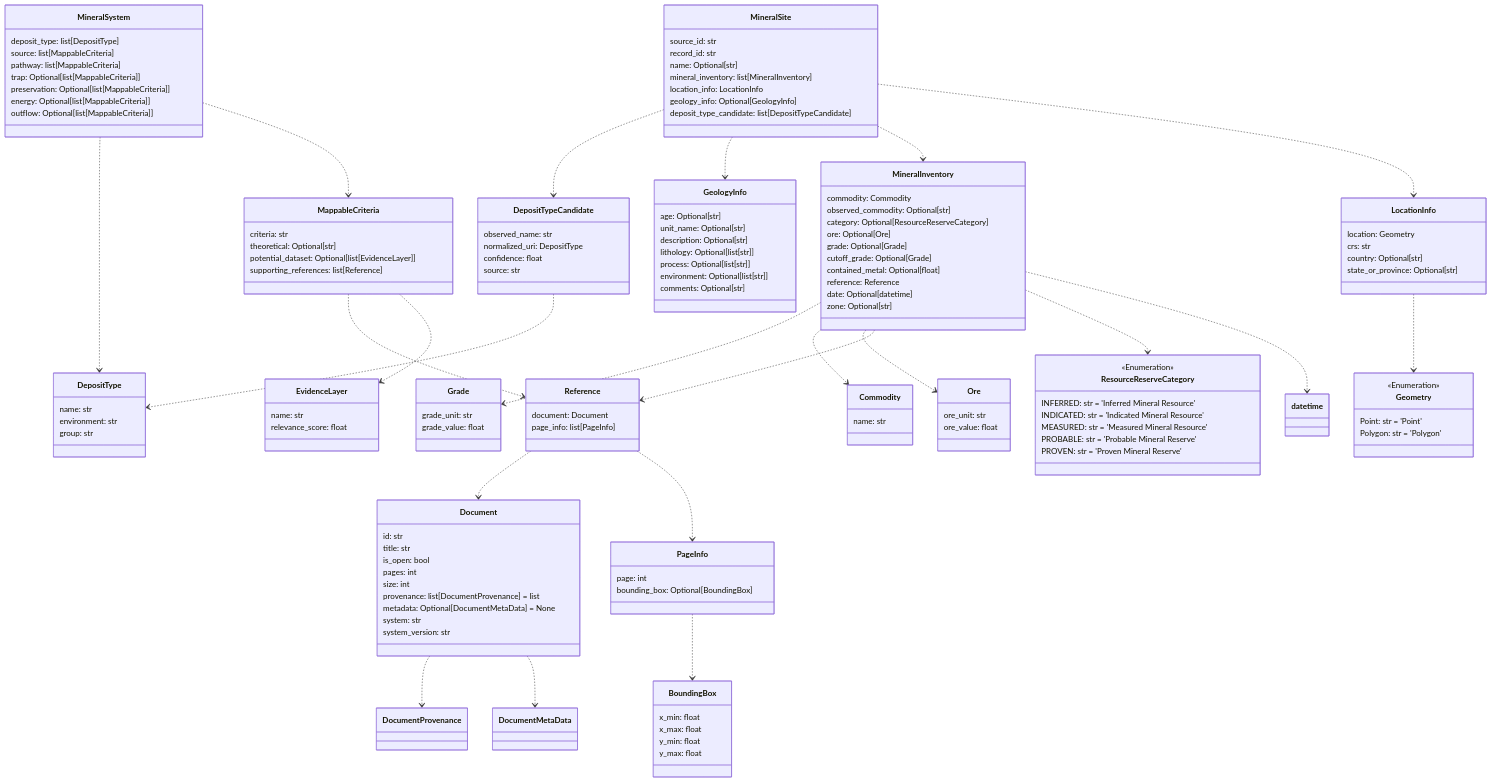
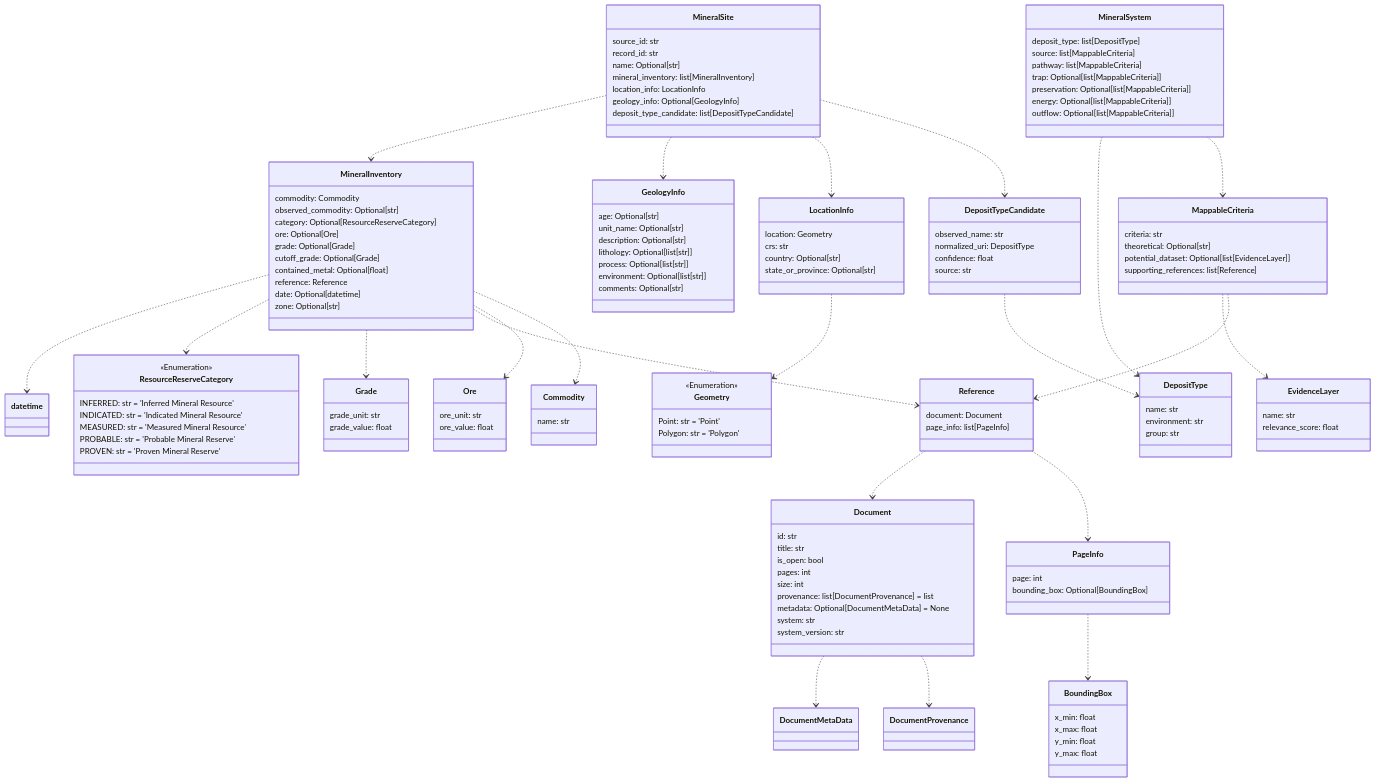
Before and after one commit to DARPA-CRITICALMAAS/cdr_schemas: the tenth of 12 diagrams in README.md, drawn with Mermaid. The commit also changed other lines of this file and 3 other files, not shown here.

````diff
--- a/README.md
+++ b/README.md
@@ -695,38 +648,8 @@
 ```mermaid
 classDiagram
 
-    class PageInfo {
-        page: int
-        bounding_box: Optional[BoundingBox]
-    }
-
-    class EvidenceLayer {
+    class Commodity {
         name: str
-        relevance_score: float
-    }
-
-    class Reference {
-        document: Document
-        page_info: list[PageInfo]
-    }
-
-    class MineralSystem {
-        deposit_type: list[DepositType]
-        source: list[MappableCriteria]
-        pathway: list[MappableCriteria]
-        trap: Optional[list[MappableCriteria]]
-        preservation: Optional[list[MappableCriteria]]
-        energy: Optional[list[MappableCriteria]]
-        outflow: Optional[list[MappableCriteria]]
-    }
-
-    class ResourceReserveCategory {
-        <<Enumeration>>
-        INFERRED: str = 'Inferred Mineral Resource'
-        INDICATED: str = 'Indicated Mineral Resource'
-        MEASURED: str = 'Measured Mineral Resource'
-        PROBABLE: str = 'Probable Mineral Reserve'
-        PROVEN: str = 'Proven Mineral Reserve'
     }
 
     class DepositTypeCandidate {
@@ -734,33 +657,6 @@
         normalized_uri: DepositType
         confidence: float
         source: str
-    }
-
-    class MappableCriteria {
-        criteria: str
-        theoretical: Optional[str]
-        potential_dataset: Optional[list[EvidenceLayer]]
-        supporting_references: list[Reference]
-    }
-
-    class Ore {
-        ore_unit: str
-        ore_value: float
-    }
-
-    class MineralSite {
-        source_id: str
-        record_id: str
-        name: Optional[str]
-        mineral_inventory: list[MineralInventory]
-        location_info: LocationInfo
-        geology_info: Optional[GeologyInfo]
-        deposit_type_candidate: list[DepositTypeCandidate]
-    }
-
-    class Grade {
-        grade_unit: str
-        grade_value: float
     }
 
     class Document {
@@ -775,6 +671,56 @@
         system_version: str
     }
 
+    class MineralSite {
+        source_id: str
+        record_id: str
+        name: Optional[str]
+        mineral_inventory: list[MineralInventory]
+        location_info: LocationInfo
+        geology_info: Optional[GeologyInfo]
+        deposit_type_candidate: list[DepositTypeCandidate]
+    }
+
+    class Geometry {
+        <<Enumeration>>
+        Point: str = 'Point'
+        Polygon: str = 'Polygon'
+    }
+
+    class DepositType {
+        name: str
+        environment: str
+        group: str
+    }
+
+    class MappableCriteria {
+        criteria: str
+        theoretical: Optional[str]
+        potential_dataset: Optional[list[EvidenceLayer]]
+        supporting_references: list[Reference]
+    }
+
+    class Grade {
+        grade_unit: str
+        grade_value: float
+    }
+
+    class LocationInfo {
+        location: Geometry
+        crs: str
+        country: Optional[str]
+        state_or_province: Optional[str]
+    }
+
+    class ResourceReserveCategory {
+        <<Enumeration>>
+        INFERRED: str = 'Inferred Mineral Resource'
+        INDICATED: str = 'Indicated Mineral Resource'
+        MEASURED: str = 'Measured Mineral Resource'
+        PROBABLE: str = 'Probable Mineral Reserve'
+        PROVEN: str = 'Proven Mineral Reserve'
+    }
+
     class GeologyInfo {
         age: Optional[str]
         unit_name: Optional[str]
@@ -783,6 +729,38 @@
         process: Optional[list[str]]
         environment: Optional[list[str]]
         comments: Optional[str]
+    }
+
+    class PageInfo {
+        page: int
+        bounding_box: Optional[BoundingBox]
+    }
+
+    class BoundingBox {
+        x_min: float
+        x_max: float
+        y_min: float
+        y_max: float
+    }
+
+    class Reference {
+        document: Document
+        page_info: list[PageInfo]
+    }
+
+    class Ore {
+        ore_unit: str
+        ore_value: float
+    }
+
+    class MineralSystem {
+        deposit_type: list[DepositType]
+        source: list[MappableCriteria]
+        pathway: list[MappableCriteria]
+        trap: Optional[list[MappableCriteria]]
+        preservation: Optional[list[MappableCriteria]]
+        energy: Optional[list[MappableCriteria]]
+        outflow: Optional[list[MappableCriteria]]
     }
 
     class MineralInventory {
@@ -798,57 +776,32 @@
         zone: Optional[str]
     }
 
-    class DepositType {
+    class EvidenceLayer {
         name: str
-        environment: str
-        group: str
+        relevance_score: float
     }
 
-    class LocationInfo {
-        location: Geometry
-        crs: str
-        country: Optional[str]
-        state_or_province: Optional[str]
-    }
-
-    class Commodity {
-        name: str
-    }
-
-    class BoundingBox {
-        x_min: float
-        x_max: float
-        y_min: float
-        y_max: float
-    }
-
-    class Geometry {
-        <<Enumeration>>
-        Point: str = 'Point'
-        Polygon: str = 'Polygon'
-    }
-
+    Document ..> DocumentProvenance
     Document ..> DocumentMetaData
-    Document ..> DocumentProvenance
     DepositTypeCandidate ..> DepositType
     PageInfo ..> BoundingBox
     Reference ..> PageInfo
     Reference ..> Document
+    MappableCriteria ..> Reference
     MappableCriteria ..> EvidenceLayer
-    MappableCriteria ..> Reference
     MineralSystem ..> MappableCriteria
     MineralSystem ..> DepositType
+    MineralInventory ..> Commodity
+    MineralInventory ..> Ore
+    MineralInventory ..> Reference
+    MineralInventory ..> Grade
+    MineralInventory ..> ResourceReserveCategory
     MineralInventory ..> datetime
-    MineralInventory ..> ResourceReserveCategory
-    MineralInventory ..> Reference
-    MineralInventory ..> Ore
-    MineralInventory ..> Commodity
-    MineralInventory ..> Grade
     LocationInfo ..> Geometry
+    MineralSite ..> DepositTypeCandidate
     MineralSite ..> LocationInfo
+    MineralSite ..> GeologyInfo
     MineralSite ..> MineralInventory
-    MineralSite ..> GeologyInfo
-    MineralSite ..> DepositTypeCandidate
 
 
 ```
````
